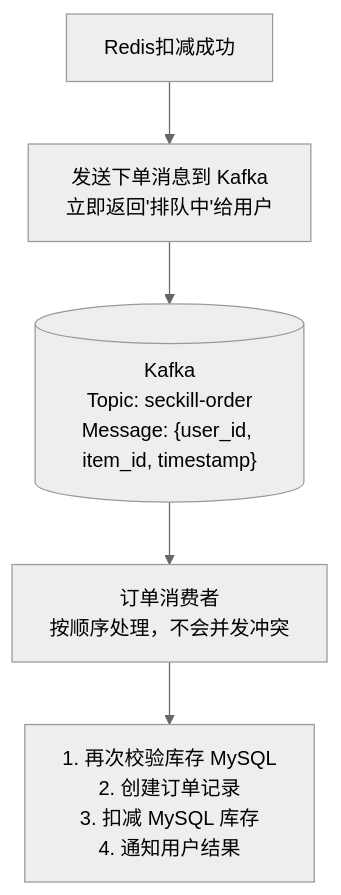
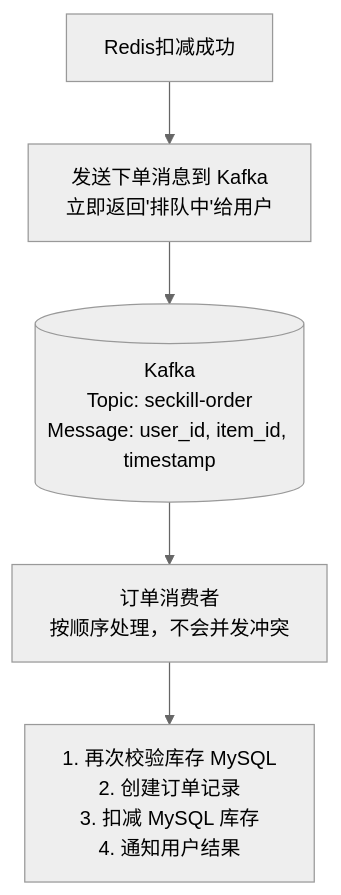
The third of 4 diagrams in content/articles/system-design/sd-12-秒杀系统设计.md (jpixy/jpixy.github.io), drawn with Mermaid (neutral theme) before and after one commit. The commit also changed other lines of this file and 66 other files, not shown here.

Commit message:
fix: resolve Mermaid syntax errors by removing parentheses in node labels

````diff
--- a/content/articles/system-design/sd-12-秒杀系统设计.md
+++ b/content/articles/system-design/sd-12-秒杀系统设计.md
@@ -144,7 +144,7 @@
 ```mermaid
 graph TB
     A[Redis扣减成功] --> B[发送下单消息到 Kafka<br/>立即返回'排队中'给用户]
-    B --> C[("Kafka<br/>Topic: seckill-order<br/>Message: {user_id, item_id, timestamp}")]
+    B --> C[("Kafka<br/>Topic: seckill-order<br/>Message: user_id, item_id, timestamp")]
     C --> D[订单消费者<br/>按顺序处理，不会并发冲突]
     D --> E[1. 再次校验库存 MySQL<br/>2. 创建订单记录<br/>3. 扣减 MySQL 库存<br/>4. 通知用户结果]
 ```
````
